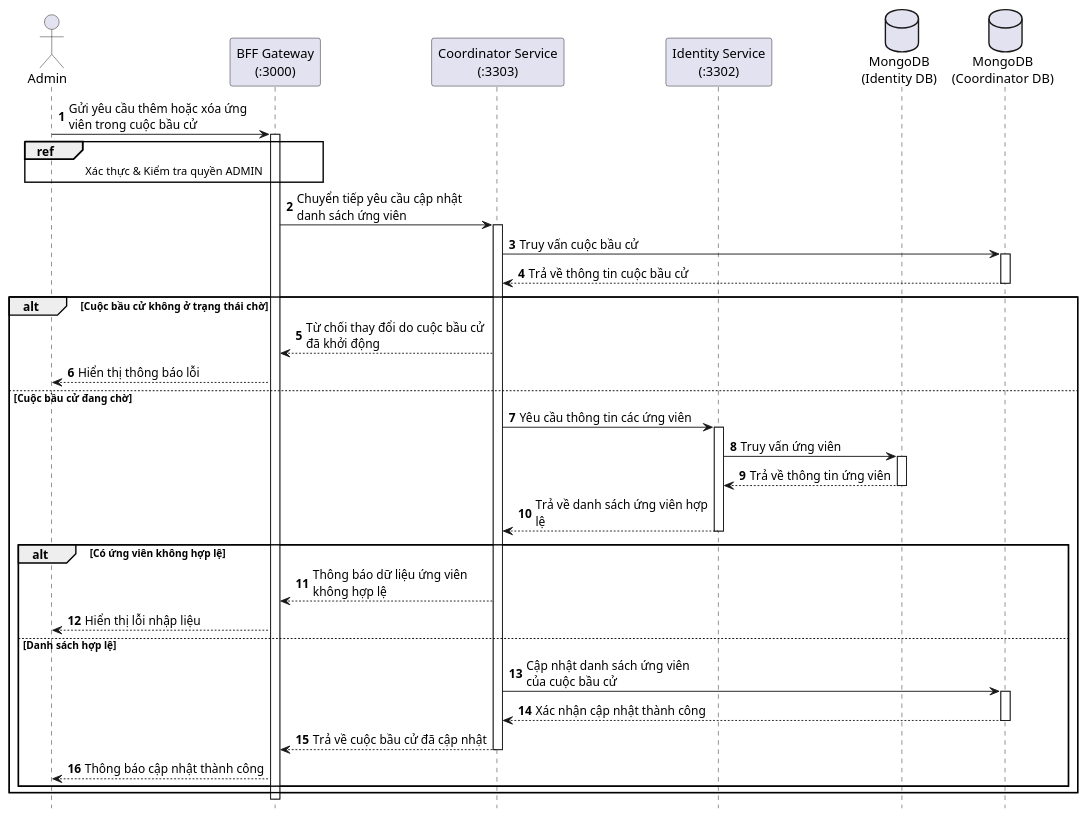
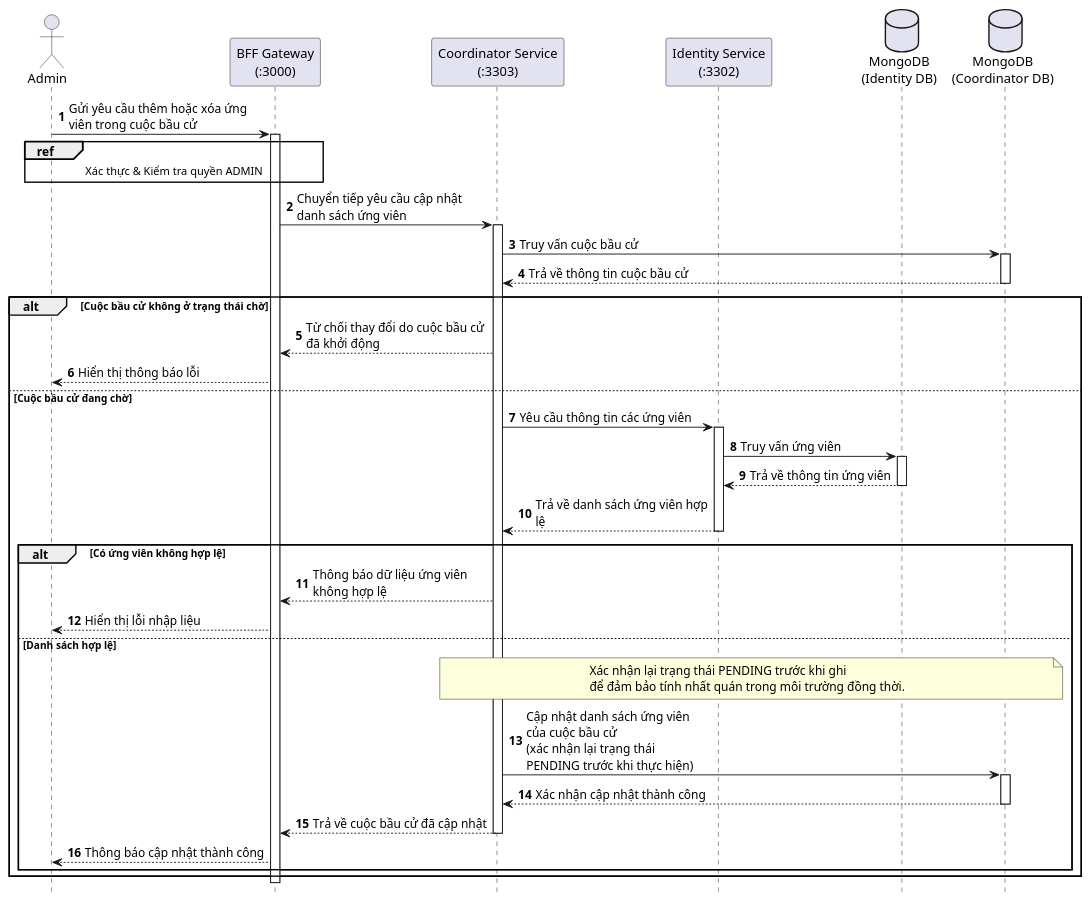
One commit to Tuienn/e-voting-latex changed the diagram in PlantUML/Sequence/Quan-ly-ung-vien-trong-bau-cu.puml. Above: the diagram before and after it, drawn with PlantUML. The commit also changed 61 other files, not shown here.

```diff
--- a/PlantUML/Sequence/Quan-ly-ung-vien-trong-bau-cu.puml
+++ b/PlantUML/Sequence/Quan-ly-ung-vien-trong-bau-cu.puml
@@ -1,56 +1,61 @@
 @startuml QuanLyUngVienTrongBauCu
 hide footbox
 autonumber
 skinparam maxMessageSize 200
 
 actor "Admin " as Admin
 participant "BFF Gateway\n(:3000)" as BFF
 participant "Coordinator Service\n(:3303)" as Coordinator
 participant "Identity Service\n(:3302)" as Identity
 database "MongoDB\n(Identity DB)" as IdDB
 database "MongoDB\n(Coordinator DB)" as CoDB
 
 Admin -> BFF: Gửi yêu cầu thêm hoặc xóa ứng viên trong cuộc bầu cử
 activate BFF
 
 ref over Admin, BFF : Xác thực & Kiểm tra quyền ADMIN
 
 BFF -> Coordinator: Chuyển tiếp yêu cầu cập nhật danh sách ứng viên
 activate Coordinator
 
 Coordinator -> CoDB: Truy vấn cuộc bầu cử
 activate CoDB
 CoDB --> Coordinator: Trả về thông tin cuộc bầu cử
 deactivate CoDB
 
 alt Cuộc bầu cử không ở trạng thái chờ
   Coordinator --> BFF: Từ chối thay đổi do cuộc bầu cử đã khởi động
   BFF --> Admin: Hiển thị thông báo lỗi
 else Cuộc bầu cử đang chờ
   Coordinator -> Identity: Yêu cầu thông tin các ứng viên
   activate Identity
   Identity -> IdDB: Truy vấn ứng viên
   activate IdDB
   IdDB --> Identity: Trả về thông tin ứng viên
   deactivate IdDB
   Identity --> Coordinator: Trả về danh sách ứng viên hợp lệ
   deactivate Identity
 
   alt Có ứng viên không hợp lệ
     Coordinator --> BFF: Thông báo dữ liệu ứng viên không hợp lệ
     BFF --> Admin: Hiển thị lỗi nhập liệu
   else Danh sách hợp lệ
-    Coordinator -> CoDB: Cập nhật danh sách ứng viên của cuộc bầu cử
+    note over Coordinator, CoDB
+      Xác nhận lại trạng thái PENDING trước khi ghi
+      để đảm bảo tính nhất quán trong môi trường đồng thời.
+    end note
+
+    Coordinator -> CoDB: Cập nhật danh sách ứng viên của cuộc bầu cử\n(xác nhận lại trạng thái PENDING trước khi thực hiện)
     activate CoDB
     CoDB --> Coordinator: Xác nhận cập nhật thành công
     deactivate CoDB
 
     Coordinator --> BFF: Trả về cuộc bầu cử đã cập nhật
     deactivate Coordinator
 
     BFF --> Admin: Thông báo cập nhật thành công
   end
 end
 
 deactivate BFF
 @enduml
```
